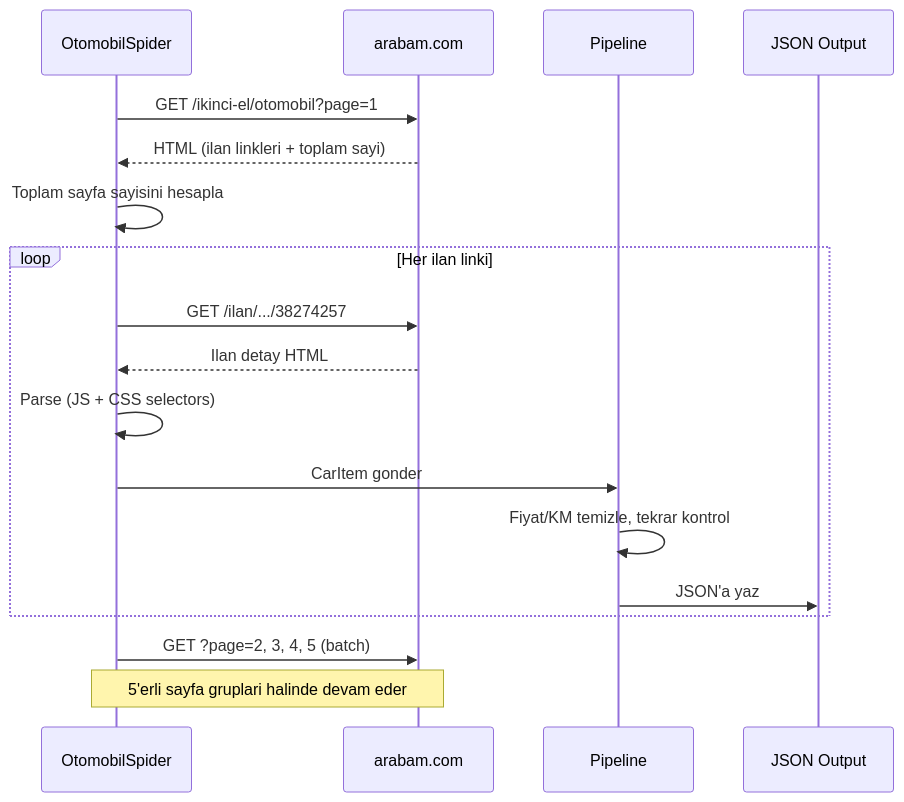
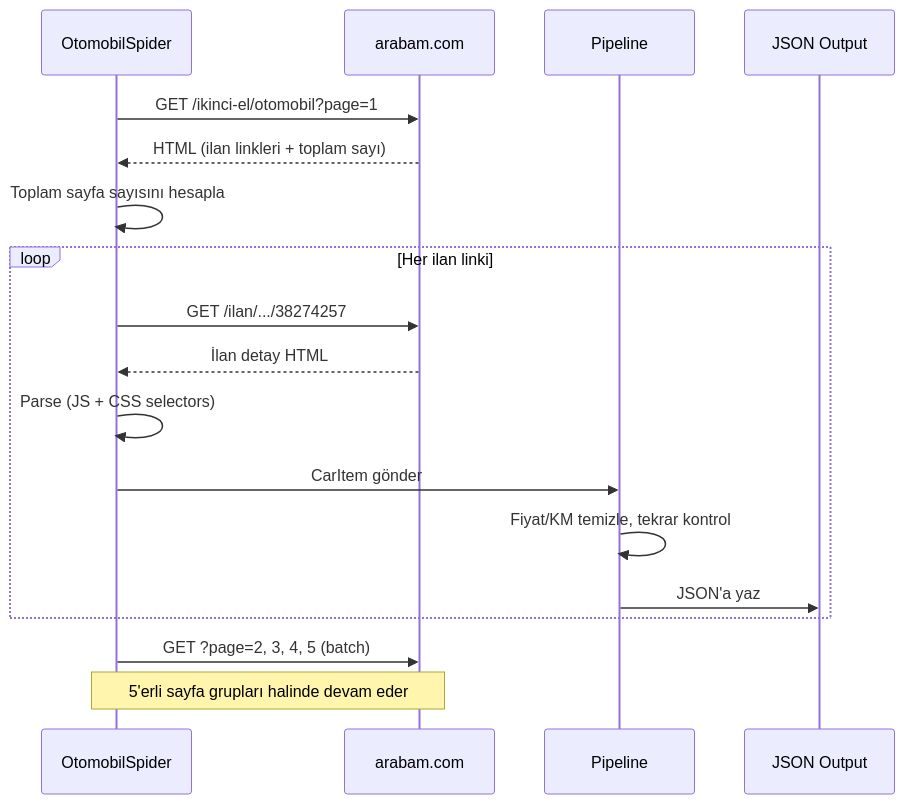
The second of 2 diagrams in README.md (burak-sisci/arabam.com-scraper), drawn with Mermaid before and after one commit. The commit also changed other lines of this file, not shown here.

````diff
--- a/README.md
+++ b/README.md
@@ -198,23 +198,23 @@
 ```mermaid
 sequenceDiagram
     participant S as OtomobilSpider
     participant A as arabam.com
     participant P as Pipeline
     participant O as JSON Output
 
     S->>A: GET /ikinci-el/otomobil?page=1
-    A-->>S: HTML (ilan linkleri + toplam sayi)
-    S->>S: Toplam sayfa sayisini hesapla
+    A-->>S: HTML (ilan linkleri + toplam sayı)
+    S->>S: Toplam sayfa sayısını hesapla
 
     loop Her ilan linki
         S->>A: GET /ilan/.../38274257
-        A-->>S: Ilan detay HTML
+        A-->>S: İlan detay HTML
         S->>S: Parse (JS + CSS selectors)
-        S->>P: CarItem gonder
+        S->>P: CarItem gönder
         P->>P: Fiyat/KM temizle, tekrar kontrol
         P->>O: JSON'a yaz
     end
 
     S->>A: GET ?page=2, 3, 4, 5 (batch)
-    Note over S,A: 5'erli sayfa gruplari halinde devam eder
+    Note over S,A: 5'erli sayfa grupları halinde devam eder
 ```
````
